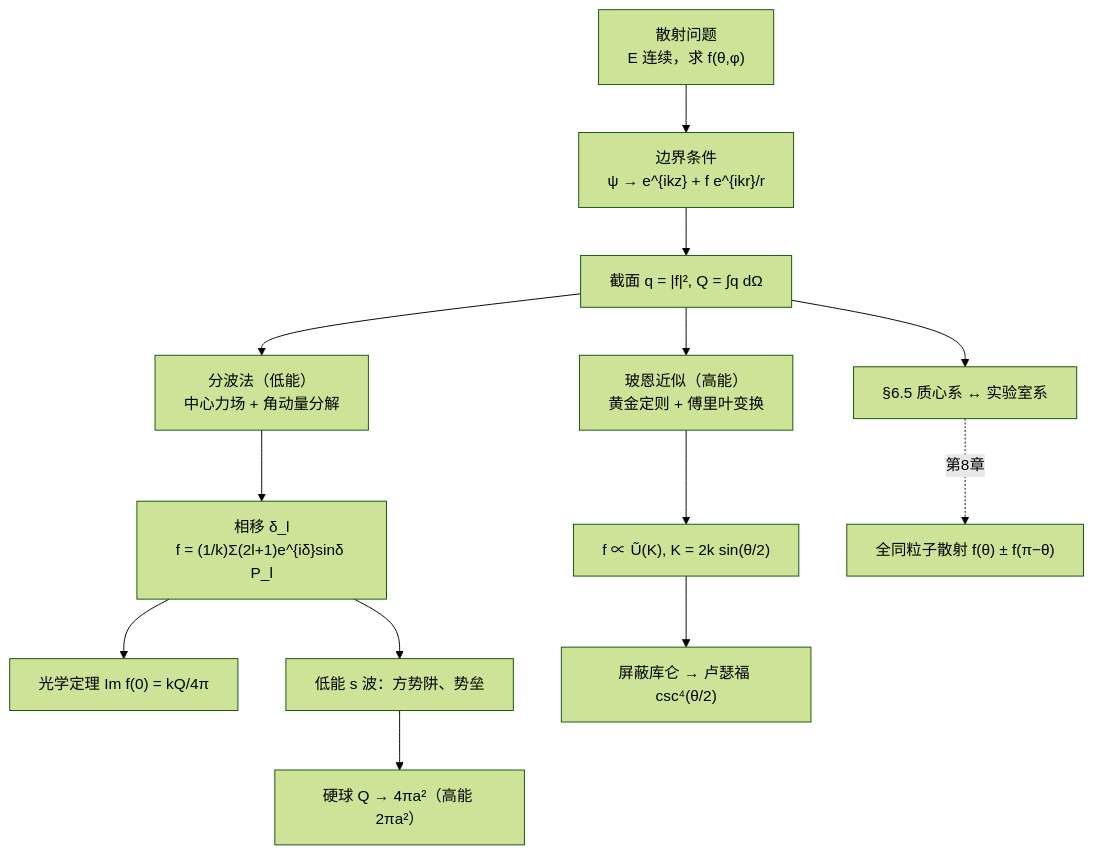
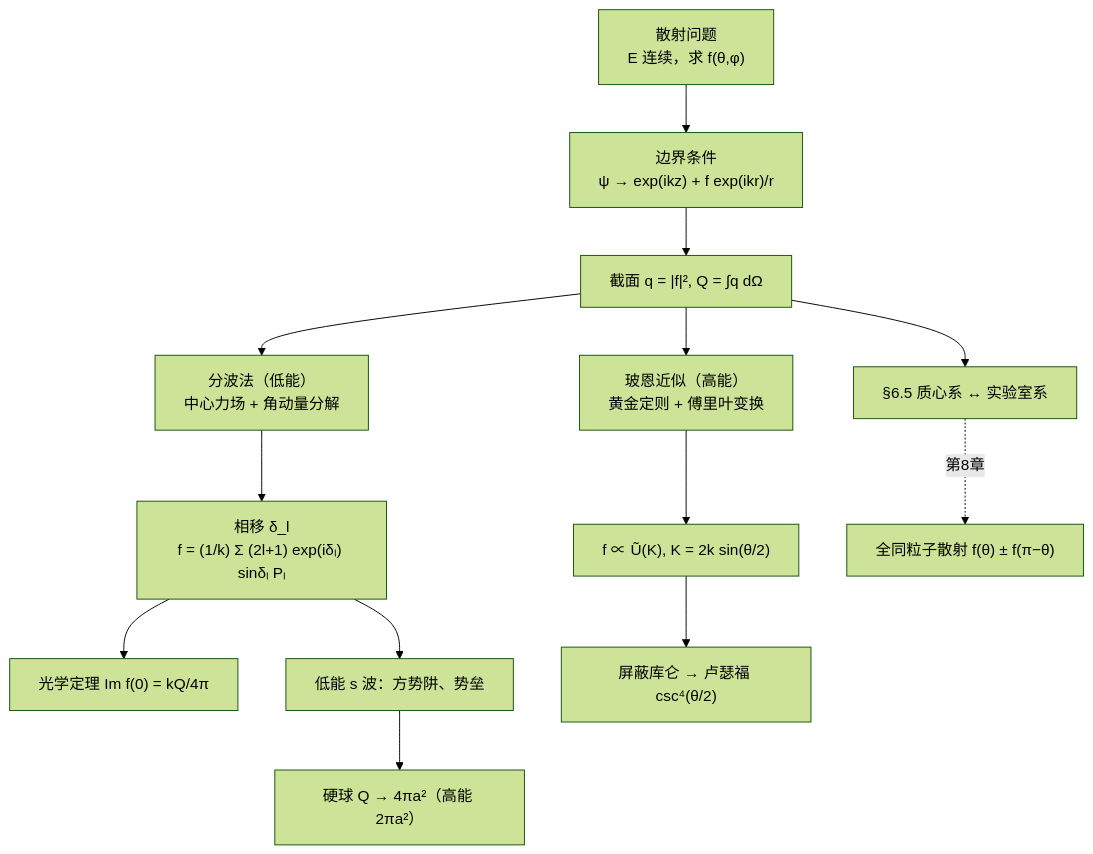
Before and after one commit to cockroach-f/quantum-mechanics: the diagram in docs/ch6.md, drawn with Mermaid (forest theme). The commit also changed other lines of this file, not shown here.

Commit message:
按课件标出上课范围，并把归纳图里的指数写成 exp。

````diff
--- a/docs/ch6.md
+++ b/docs/ch6.md
@@ -462,15 +466,15 @@
     ```mermaid
     flowchart TD
-        A["散射问题<br/>E 连续，求 f(θ,φ)"] --> B["边界条件<br/>ψ → e^{ikz} + f e^{ikr}/r"]
+        A["散射问题<br/>E 连续，求 f(θ,φ)"] --> B["边界条件<br/>ψ → exp(ikz) + f exp(ikr)/r"]
         B --> C["截面 q = |f|², Q = ∫q dΩ"]
         C --> PW["分波法（低能）<br/>中心力场 + 角动量分解"]
         C --> BO["玻恩近似（高能）<br/>黄金定则 + 傅里叶变换"]
-        PW --> D["相移 δ_l<br/>f = (1/k)Σ(2l+1)e^{iδ}sinδ P_l"]
+        PW --> D["相移 δ_l<br/>f = (1/k) Σ (2l+1) exp(iδₗ) sinδₗ Pₗ"]
         D --> OT["光学定理 Im f(0) = kQ/4π"]
         D --> SW["低能 s 波：方势阱、势垒"]
         SW --> HS["硬球 Q → 4πa²（高能 2πa²）"]
         BO --> FT["f ∝ Ũ(K), K = 2k sin(θ/2)"]
         FT --> RU["屏蔽库仑 → 卢瑟福 csc⁴(θ/2)"]
         C --> LAB["§6.5 质心系 ↔ 实验室系"]
         LAB -.第8章.-> ID["全同粒子散射 f(θ) ± f(π−θ)"]
     ```
````
